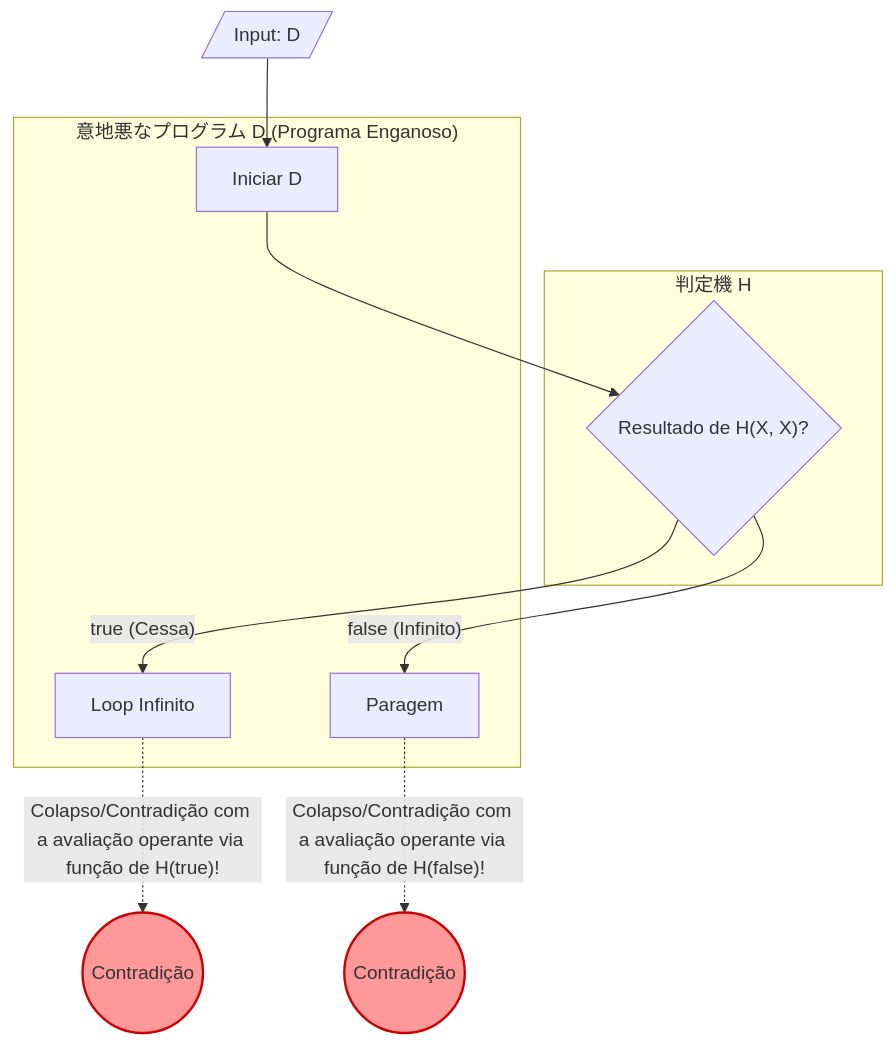
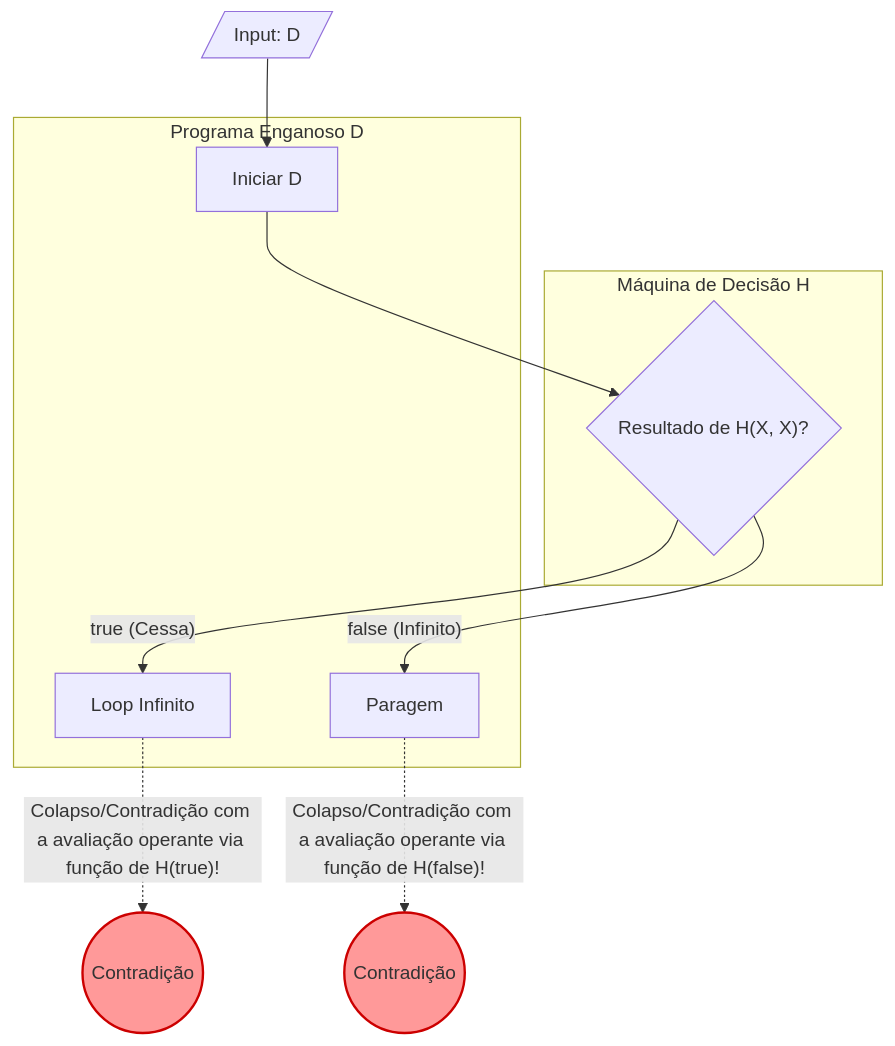
One commit to kenjinote/blog changed the diagram in content/post/halting-problem/index.pt.md. Above: the diagram before and after it, drawn with Mermaid. The commit also changed 28 other files, not shown here.

Commit message:
Translate Japanese text inside Mermaid diagrams to respective languages

````diff
--- a/content/post/halting-problem/index.pt.md
+++ b/content/post/halting-problem/index.pt.md
@@ -126,22 +126,22 @@
 ```mermaid
 graph TD
-    subgraph "判定機 H"
+    subgraph "Máquina de Decisão H"
         H{"Resultado de H(X, X)?"}
     end
 
-    subgraph "意地悪なプログラム D (Programa Enganoso)"
+    subgraph "Programa Enganoso D"
         START["Iniciar D"] --> H
         H -->|"true (Cessa)"| LOOP["Loop Infinito"]
         H -->|"false (Infinito)"| HALT["Paragem"]
     end
 
     %% Input perante ele D e num modelo reflexo face ao próprio código
     INPUT_D[/"Input: D"/] --> START
     
     %% Representações em colisão nas contradições em realces e contrastes 
     LOOP -.->|"Colapso/Contradição com a avaliação operante via função de H(true)!"| FAIL_1(("Contradição"))
     HALT -.->|"Colapso/Contradição com a avaliação operante via função de H(false)!"| FAIL_2(("Contradição"))
     
     style FAIL_1 fill:#ff9999,stroke:#cc0000,stroke-width:2px
     style FAIL_2 fill:#ff9999,stroke:#cc0000,stroke-width:2px
 ```
````
